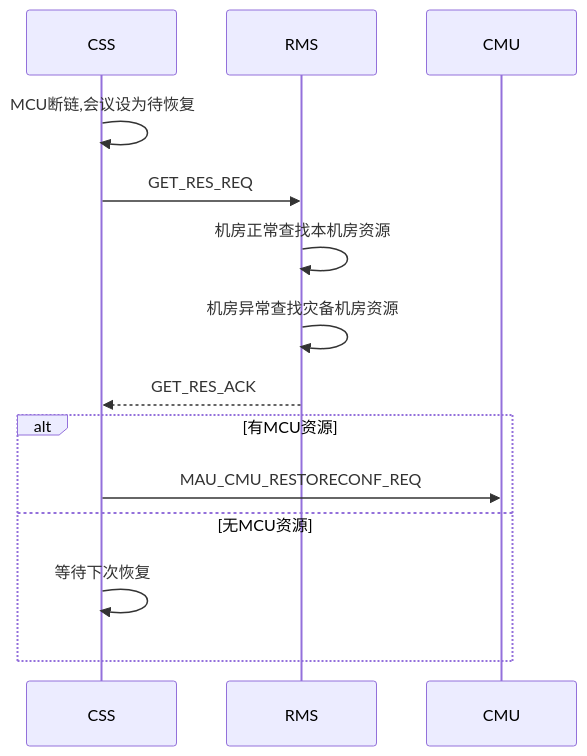
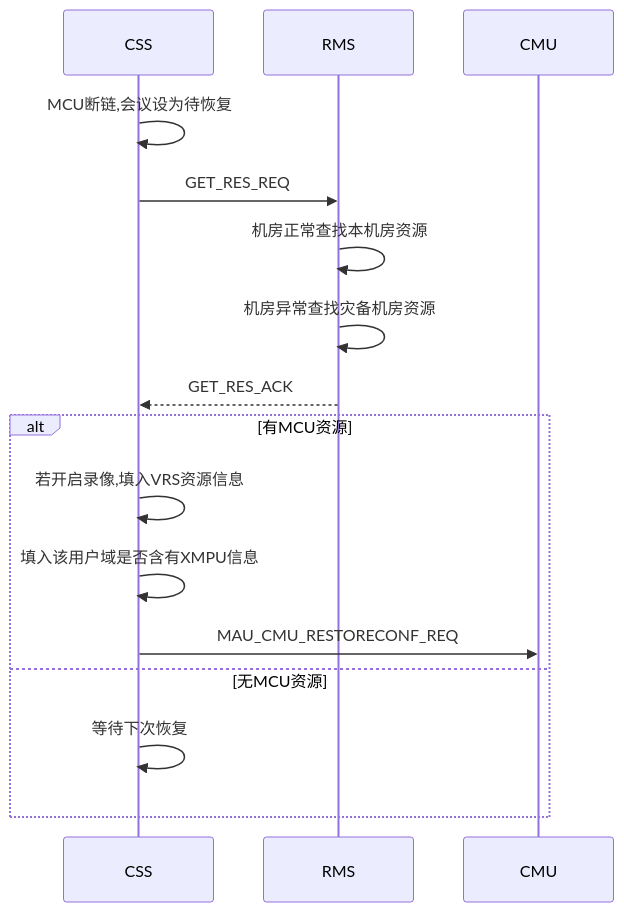
The second of 5 diagrams in x需求_/5.1sp4css/5.1sp4css概要设计.md (github188/w_doc), drawn with Mermaid before and after one commit. The commit also changed other lines of this file and 3 other files, not shown here.

````diff
--- a/x需求_/5.1sp4css/5.1sp4css概要设计.md
+++ b/x需求_/5.1sp4css/5.1sp4css概要设计.md
@@ -29,13 +31,15 @@
 ```mermaid
 sequenceDiagram
 CSS->>CSS: MCU断链,会议设为待恢复
 CSS->>RMS: GET_RES_REQ
 RMS->>RMS: 机房正常查找本机房资源
 RMS->>RMS: 机房异常查找灾备机房资源
 RMS-->>CSS: GET_RES_ACK
 alt 有MCU资源
+CSS->>CSS: 若开启录像,填入VRS资源信息
+CSS->>CSS: 填入该用户域是否含有XMPU信息
 CSS->>CMU: MAU_CMU_RESTORECONF_REQ
 else 无MCU资源
 CSS->>CSS: 等待下次恢复
 end
 ```
````
